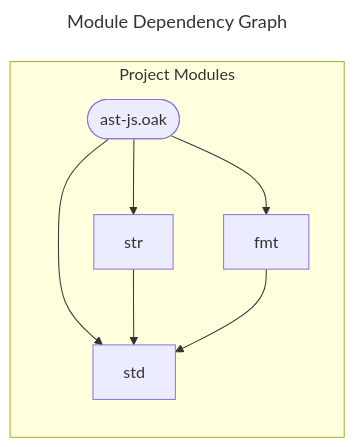
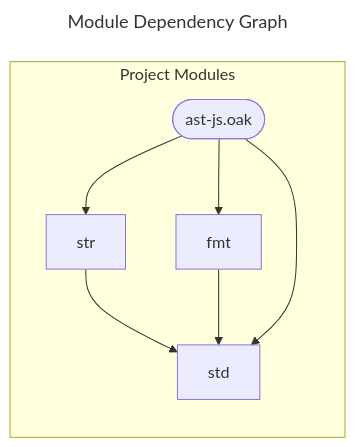
The diagram in docs/spec/ast-js.mmd (SpcFORK/magnolia), drawn with Mermaid before and after one commit. The commit also changed other lines of this file and 184 other files, not shown here.

```diff
--- a/docs/spec/ast-js.mmd
+++ b/docs/spec/ast-js.mmd
@@ -1,15 +1,15 @@
 ---
 title: Module Dependency Graph
 ---
 flowchart LR
     subgraph project_modules ["Project Modules"]
+        str["str"]
+        std["std"]
+        fmt["fmt"]
         lib_ast_js_oak(["ast-js.oak"])
-        std["std"]
-        str["str"]
-        fmt["fmt"]
     end
+    str --> std
+    fmt --> std
     lib_ast_js_oak --> std
     lib_ast_js_oak --> str
     lib_ast_js_oak --> fmt
-    str --> std
-    fmt --> std
```
